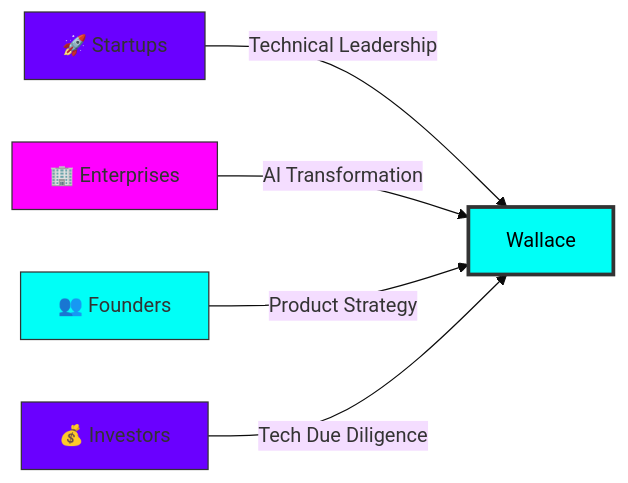
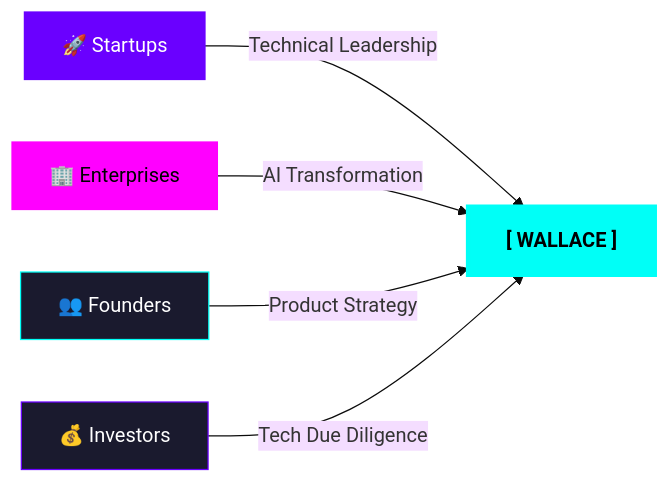
One commit to wallaceokeke/wallaceokeke changed the second of 2 diagrams in README.md. Above: the diagram before and after it, drawn with Mermaid (base theme). The commit also changed other lines of this file, not shown here.

````diff
--- a/README.md
+++ b/README.md
@@ -215,13 +225,12 @@
 ```mermaid
 graph LR
-    Startups[🚀 Startups] -->|Technical Leadership| Me[Wallace];
-    Enterprises[🏢 Enterprises] -->|AI Transformation| Me;
-    Founders[👥 Founders] -->|Product Strategy| Me;
-    Investors[💰 Investors] -->|Tech Due Diligence| Me;
-    
-    style Me fill:#00fff7,stroke:#333,stroke-width:3px,color:#000
-    style Startups fill:#6a00ff,stroke:#333
-    style Enterprises fill:#ff00ff,stroke:#333
-    style Founders fill:#00fff7,stroke:#333
-    style Investors fill:#6a00ff,stroke:#333
+    S["🚀 Startups"] -->|Technical Leadership| W["[ WALLACE ]"]
+    E["🏢 Enterprises"] -->|AI Transformation| W
+    F["👥 Founders"] -->|Product Strategy| W
+    I["💰 Investors"] -->|Tech Due Diligence| W
+    style W fill:#00fff7,stroke:#00fff7,stroke-width:4px,color:#000,font-weight:bold
+    style S fill:#6a00ff,stroke:#6a00ff,color:#fff
+    style E fill:#ff00ff,stroke:#ff00ff,color:#000
+    style F fill:#1a1a2e,stroke:#00fff7,color:#fff
+    style I fill:#1a1a2e,stroke:#6a00ff,color:#fff
 ```
````
